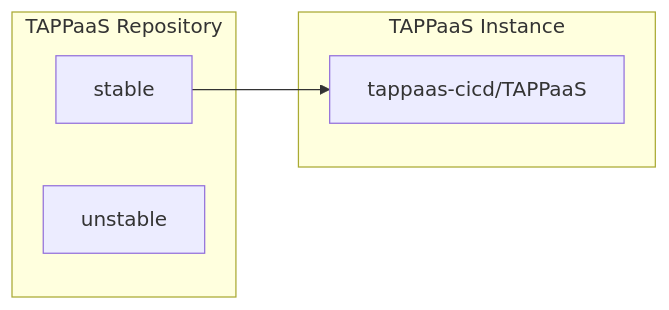
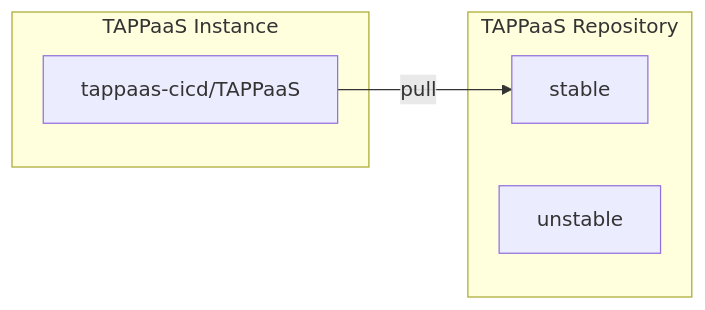
The first of 4 diagrams in docs/architecture/cicd-design/git-structure.md (TAPPaaS/Documentation), drawn with Mermaid before and after one commit. The commit also changed other lines of this file, not shown here.

First line of the commit message:
Reverse arrow direction in Git Structure diagrams

````diff
--- a/docs/architecture/cicd-design/git-structure.md
+++ b/docs/architecture/cicd-design/git-structure.md
@@ -14,13 +14,13 @@
 ```mermaid
 flowchart LR
     subgraph TAPPaaS[TAPPaaS Repository]
         stable[stable]
         unstable[unstable]
     end
 
     subgraph Instance[TAPPaaS Instance]
         local[tappaas-cicd/TAPPaaS]
     end
 
-    stable --> local
+    local -->|pull| stable
 ```
````
